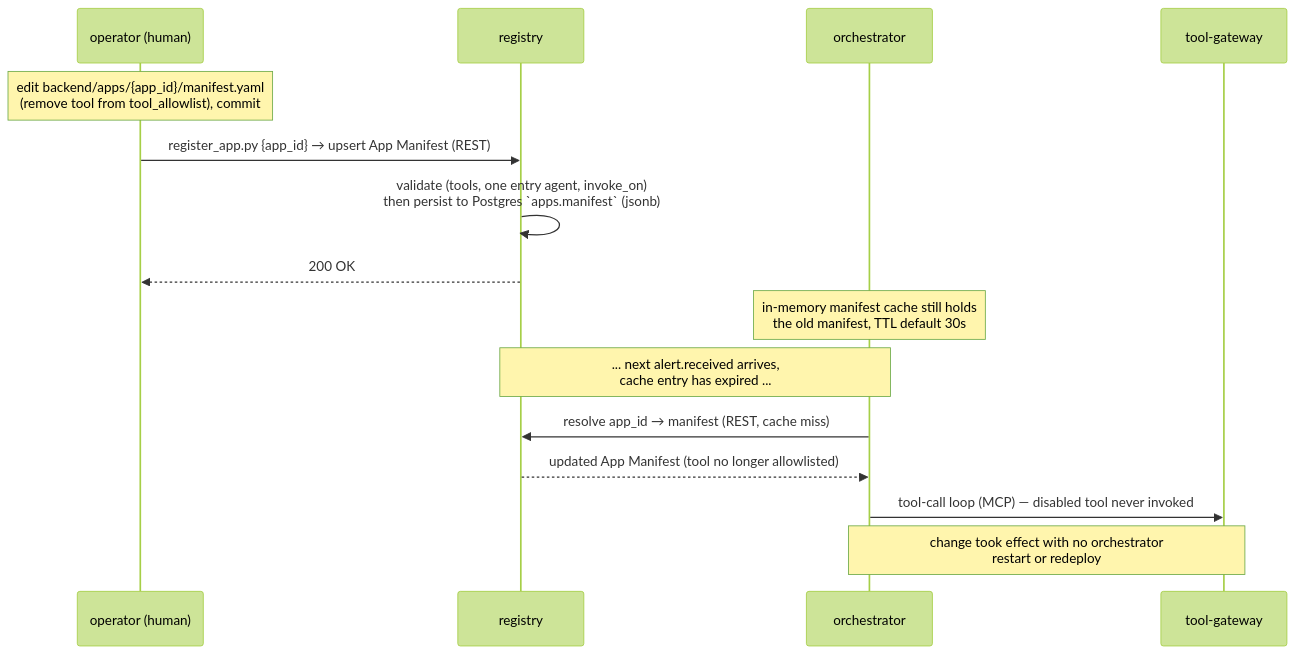
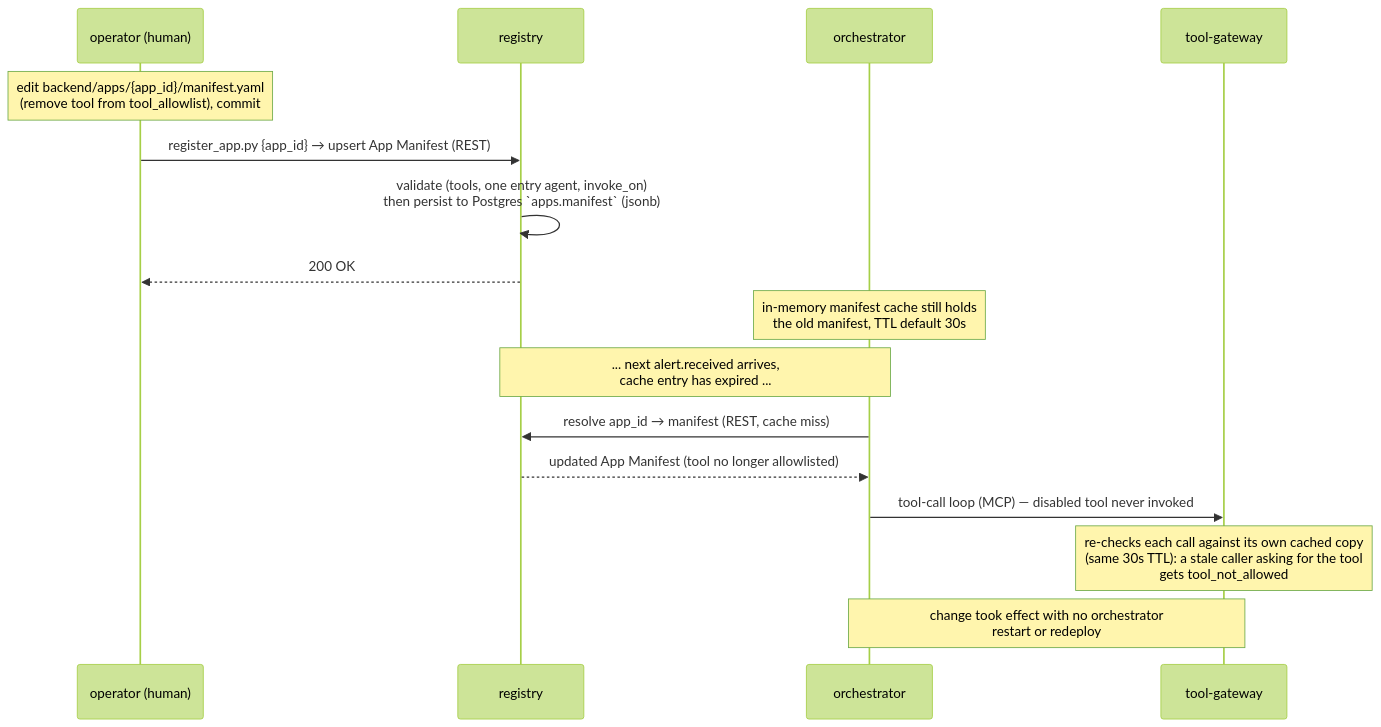
One commit to SrikanthArgp/agentic-platform changed the third of 5 diagrams in docs/sequence_diagram.md. Above: the diagram before and after it, drawn with Mermaid (forest theme). The commit also changed other lines of this file and 12 other files, not shown here.

````diff
--- a/docs/sequence_diagram.md
+++ b/docs/sequence_diagram.md
@@ -155,22 +155,23 @@
 ```mermaid
 sequenceDiagram
     participant Operator as operator (human)
     participant Registry as registry
     participant Orchestrator as orchestrator
     participant ToolGateway as tool-gateway
 
     Note over Operator: edit backend/apps/{app_id}/manifest.yaml<br/>(remove tool from tool_allowlist), commit
     Operator->>Registry: register_app.py {app_id} → upsert App Manifest (REST)
     Registry->>Registry: validate (tools, one entry agent, invoke_on)<br/>then persist to Postgres `apps.manifest` (jsonb)
     Registry-->>Operator: 200 OK
 
     Note over Orchestrator: in-memory manifest cache still holds<br/>the old manifest, TTL default 30s
 
     Note over Orchestrator,Registry: ... next alert.received arrives,<br/>cache entry has expired ...
 
     Orchestrator->>Registry: resolve app_id → manifest (REST, cache miss)
     Registry-->>Orchestrator: updated App Manifest (tool no longer allowlisted)
 
     Orchestrator->>ToolGateway: tool-call loop (MCP) — disabled tool never invoked
+    Note over ToolGateway: re-checks each call against its own cached copy<br/>(same 30s TTL): a stale caller asking for the tool<br/>gets tool_not_allowed
     Note over Orchestrator,ToolGateway: change took effect with no orchestrator<br/>restart or redeploy
 ```
````
